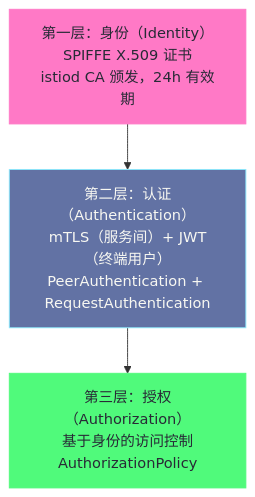
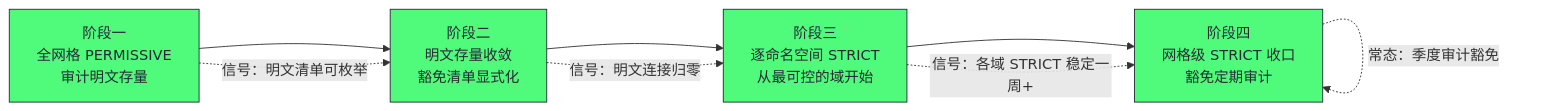
The second of 2 diagrams in content/云原生/服务网格/05 安全——mTLS、认证与授权策略.md (hpliStartAgain/my-brain), drawn with Mermaid before and after one commit. The commit also changed other lines of this file and 47 other files, not shown here.

````diff
--- a/content/云原生/服务网格/05 安全——mTLS、认证与授权策略.md
+++ b/content/云原生/服务网格/05 安全——mTLS、认证与授权策略.md
@@ -666,17 +343,15 @@
 ```mermaid
 %%{init: {'theme': 'dracula'}}%%
-graph TD
-    classDef layer1 fill:#ff79c6,stroke:#ff79c6,color:#282a36
-    classDef layer2 fill:#6272a4,stroke:#8be9fd,color:#f8f8f2
-    classDef layer3 fill:#50fa7b,stroke:#50fa7b,color:#282a36
+flowchart LR
+    S0["阶段一<br/>全网格 PERMISSIVE<br/>审计明文存量"] --> S1["阶段二<br/>明文存量收敛<br/>豁免清单显式化"]
+    S1 --> S2["阶段三<br/>逐命名空间 STRICT<br/>从最可控的域开始"]
+    S2 --> S3["阶段四<br/>网格级 STRICT 收口<br/>豁免定期审计"]
+    S0 -.->|"信号：明文清单可枚举"| S1
+    S1 -.->|"信号：明文连接归零"| S2
+    S2 -.->|"信号：各域 STRICT 稳定一周+"| S3
+    S3 -.->|"常态：季度审计豁免"| S3
 
-    L1["第一层：身份（Identity）</br>SPIFFE X.509 证书</br>istiod CA 颁发，24h 有效期"]
-    L2["第二层：认证（Authentication）</br>mTLS（服务间）+ JWT（终端用户）</br>PeerAuthentication + RequestAuthentication"]
-    L3["第三层：授权（Authorization）</br>基于身份的访问控制</br>AuthorizationPolicy"]
-
-    L1 --> L2 --> L3
-
-    class L1 layer1
-    class L2 layer2
-    class L3 layer3
+    classDef stage fill:#50fa7b,stroke:#282a36,color:#282a36
+    classDef signal fill:#f1fa8c,stroke:#282a36,color:#282a36
+    class S0,S1,S2,S3 stage
 ```
````
